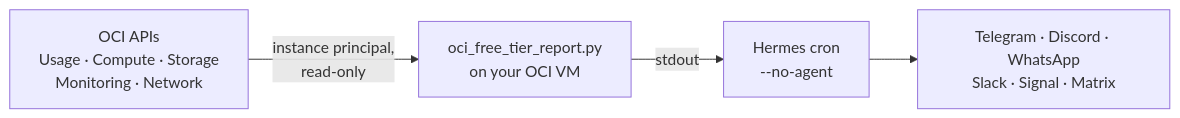
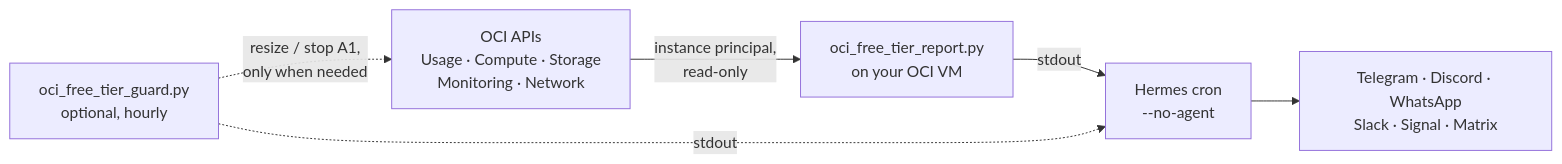
The diagram in README.md (pgen0x/hermes-oci-free-tier-report), drawn with Mermaid before and after one commit. The commit also changed other lines of this file and 1 other file, not shown here.

First line of the commit message:
docs(readme): cover the guard and fix misleading update and read-only claims

````diff
--- a/README.md
+++ b/README.md
@@ -56,6 +65,8 @@
 ```mermaid
 flowchart LR
     A["OCI APIs<br/>Usage · Compute · Storage<br/>Monitoring · Network"] -->|instance principal,<br/>read-only| B["oci_free_tier_report.py<br/>on your OCI VM"]
     B -->|stdout| C["Hermes cron<br/>--no-agent"]
     C --> D["Telegram · Discord · WhatsApp<br/>Slack · Signal · Matrix"]
+    E["oci_free_tier_guard.py<br/>optional, hourly"] -.->|resize / stop A1,<br/>only when needed| A
+    E -.->|stdout| C
 ```
````
